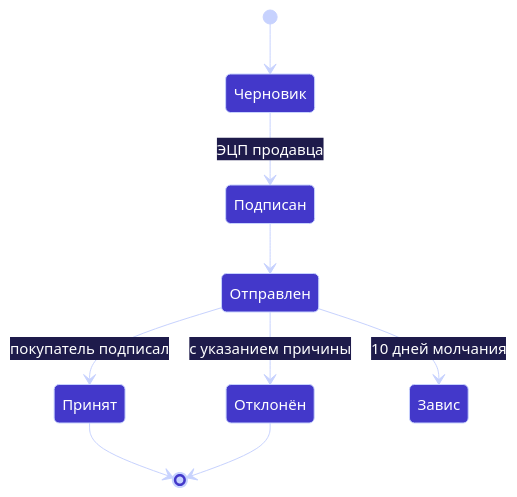
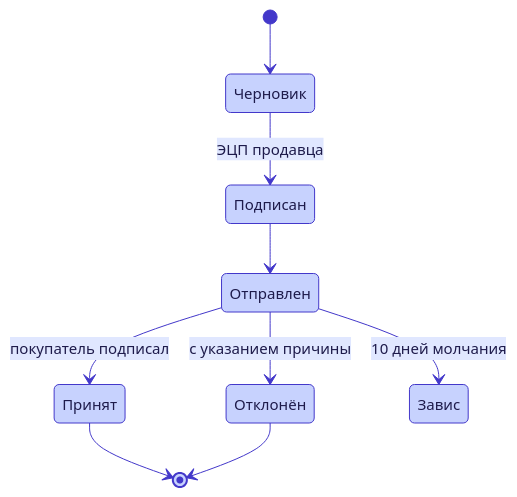
One commit to Shohruh1997/uz-fiscal-compliance-notes changed the third of 3 diagrams in README.md. Above: the diagram before and after it, drawn with Mermaid. The commit also changed other lines of this file, not shown here.

Commit message:
Диаграммы: светлые блоки с тёмным текстом — читаемость не зависит от темы GitHub

````diff
--- a/README.md
+++ b/README.md
@@ -128,12 +128,12 @@
 ```mermaid
-%%{init: {'theme':'base','themeVariables':{'fontFamily':'ui-sans-serif,-apple-system,BlinkMacSystemFont,Segoe UI,Roboto,Helvetica,Arial,sans-serif','fontSize':'15px','primaryColor':'#4338ca','primaryTextColor':'#ffffff','primaryBorderColor':'#c7d2fe','secondaryColor':'#6d28d9','tertiaryColor':'#312e81','lineColor':'#c7d2fe','textColor':'#ffffff','mainBkg':'#4338ca','nodeBorder':'#c7d2fe','nodeTextColor':'#ffffff','edgeLabelBackground':'#1e1b4b','attributeBackgroundColorOdd':'#4338ca','attributeBackgroundColorEven':'#4f46e5','noteBkgColor':'#fbbf24','noteTextColor':'#1a1a1a','noteBorderColor':'#b45309','clusterBkg':'#1e1b4b','clusterBorder':'#c7d2fe','labelBoxBkgColor':'#4338ca','labelBoxBorderColor':'#c7d2fe','labelTextColor':'#ffffff','actorBkg':'#4338ca','actorBorder':'#c7d2fe','actorTextColor':'#ffffff','actorLineColor':'#c7d2fe','signalColor':'#c7d2fe','signalTextColor':'#ffffff','sequenceNumberColor':'#1a1a1a','activationBkgColor':'#6d28d9','activationBorderColor':'#c7d2fe','transitionColor':'#c7d2fe','transitionLabelColor':'#ffffff','stateBkg':'#4338ca','stateLabelColor':'#ffffff','altBackground':'#312e81','compositeBackground':'#1e1b4b','compositeBorder':'#c7d2fe','compositeTitleBackground':'#312e81','specialStateColor':'#c7d2fe','innerEndBackground':'#c7d2fe','cScale0':'#4338ca'}}}%%
+%%{init: {'theme':'base','themeVariables':{'fontFamily':'ui-sans-serif,-apple-system,BlinkMacSystemFont,Segoe UI,Roboto,Helvetica,Arial,sans-serif','fontSize':'15px','textColor':'#1e1b4b','lineColor':'#4338ca','primaryColor':'#e0e7ff','primaryTextColor':'#1e1b4b','primaryBorderColor':'#4338ca','secondaryColor':'#ede9fe','tertiaryColor':'#f5f3ff','mainBkg':'#c7d2fe','nodeBorder':'#4338ca','nodeTextColor':'#1e1b4b','edgeLabelBackground':'#e0e7ff','attributeBackgroundColorOdd':'#eef2ff','attributeBackgroundColorEven':'#e0e7ff','noteBkgColor':'#fef3c7','noteTextColor':'#1a1a1a','noteBorderColor':'#b45309','clusterBkg':'#f5f3ff','clusterBorder':'#4338ca','labelBoxBkgColor':'#e0e7ff','labelBoxBorderColor':'#4338ca','labelTextColor':'#1e1b4b','actorBkg':'#c7d2fe','actorBorder':'#4338ca','actorTextColor':'#1e1b4b','actorLineColor':'#4338ca','signalColor':'#4338ca','signalTextColor':'#1e1b4b','sequenceNumberColor':'#ffffff','activationBkgColor':'#ddd6fe','activationBorderColor':'#4338ca','transitionColor':'#4338ca','transitionLabelColor':'#1e1b4b','stateBkg':'#c7d2fe','stateLabelColor':'#1e1b4b','altBackground':'#f5f3ff','compositeBackground':'#f5f3ff','compositeBorder':'#4338ca','compositeTitleBackground':'#e0e7ff','specialStateColor':'#4338ca','innerEndBackground':'#4338ca'}}}%%
 stateDiagram-v2
     [*] --> Черновик
     Черновик --> Подписан: ЭЦП продавца
     Подписан --> Отправлен
     Отправлен --> Принят: покупатель подписал
     Отправлен --> Отклонён: с указанием причины
     Отправлен --> Завис: 10 дней молчания
     Принят --> [*]
     Отклонён --> [*]
 ```
````
